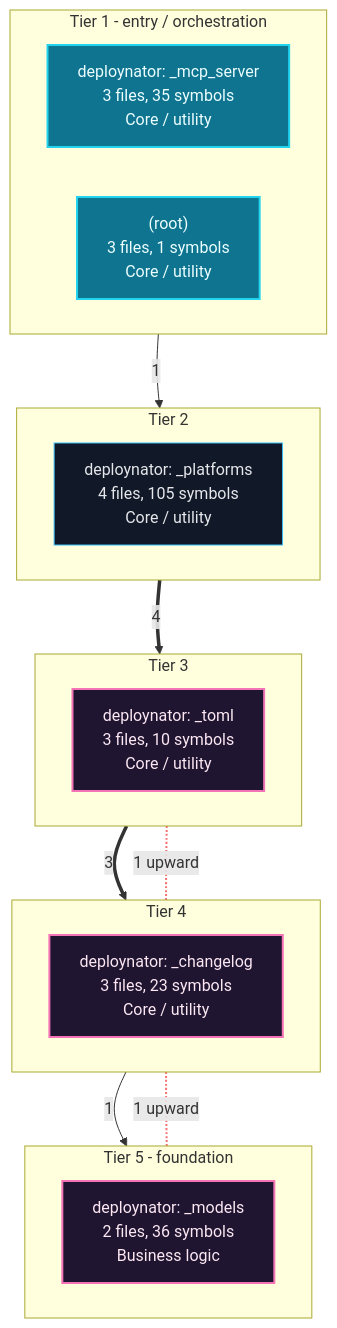
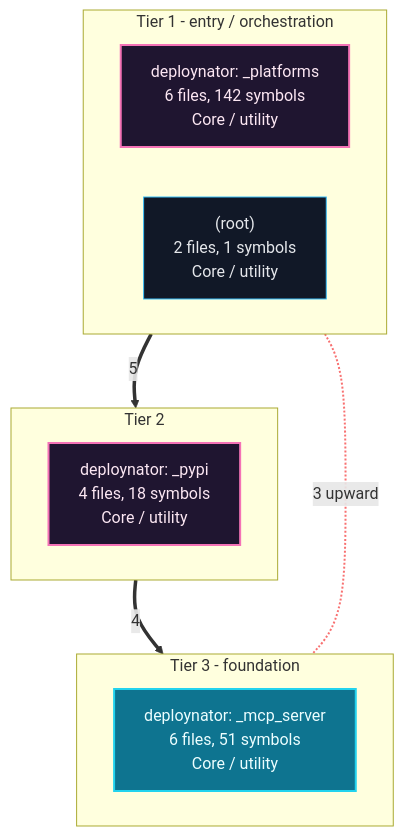
Before and after one commit to grisuno/deploynator: the first of 9 diagrams in readmenator-apidocs/architecture.md, drawn with Mermaid. The commit also changed other lines of this file and 116 other files, not shown here.

````diff
--- a/readmenator-apidocs/architecture.md
+++ b/readmenator-apidocs/architecture.md
@@ -11,38 +11,25 @@
 ```mermaid
 flowchart TB
     classDef cycle fill:#1f1530,stroke:#f472b6,color:#fce7f3,stroke-width:2px;
     classDef default fill:#111827,stroke:#38bdf8,color:#e5e7eb;
     classDef entry fill:#0e7490,stroke:#22d3ee,color:#ecfeff,stroke-width:2px;
     subgraph lane_0["Tier 1 - entry / orchestration"]
         direction LR
-        n_c3["deploynator: _mcp_server<br/>3 files, 35 symbols<br/>Core / utility"]:::entry
-        n_d__root_["(root)<br/>3 files, 1 symbols<br/>Core / utility"]:::entry
+        n_c1["deploynator: _platforms<br/>6 files, 142 symbols<br/>Core / utility"]:::cycle
+        n_d__root_["(root)<br/>2 files, 1 symbols<br/>Core / utility"]:::default
     end
     subgraph lane_1["Tier 2"]
         direction LR
-        n_c4["deploynator: _platforms<br/>4 files, 105 symbols<br/>Core / utility"]:::default
+        n_c2["deploynator: _pypi<br/>4 files, 18 symbols<br/>Core / utility"]:::cycle
     end
-    subgraph lane_2["Tier 3"]
+    subgraph lane_2["Tier 3 - foundation"]
         direction LR
-        n_c1["deploynator: _toml<br/>3 files, 10 symbols<br/>Core / utility"]:::cycle
+        n_c0["deploynator: _mcp_server<br/>6 files, 51 symbols<br/>Core / utility"]:::entry
     end
-    subgraph lane_3["Tier 4"]
-        direction LR
-        n_c0["deploynator: _changelog<br/>3 files, 23 symbols<br/>Core / utility"]:::cycle
-    end
-    subgraph lane_4["Tier 5 - foundation"]
-        direction LR
-        n_c2["deploynator: _models<br/>2 files, 36 symbols<br/>Business logic"]:::cycle
-    end
-    n_c0 -->|"1"| n_c2
-    n_c1 ==>|"3"| n_c0
-    n_c3 -->|"1"| n_c4
-    n_c4 ==>|"4"| n_c1
-    n_c1 <-.-|"1 upward"| n_c0
-    n_c0 <-.-|"1 upward"| n_c2
-    linkStyle 4,5 stroke:#f87171,stroke-width:2px;
-    n_c3 ~~~ n_c4
-    n_c4 ~~~ n_c1
-    n_c1 ~~~ n_c0
-    n_c0 ~~~ n_c2
+    n_c1 ==>|"5"| n_c2
+    n_c2 ==>|"4"| n_c0
+    n_c1 <-.-|"3 upward"| n_c0
+    linkStyle 2 stroke:#f87171,stroke-width:2px;
+    n_c1 ~~~ n_c2
+    n_c2 ~~~ n_c0
 ```
````
